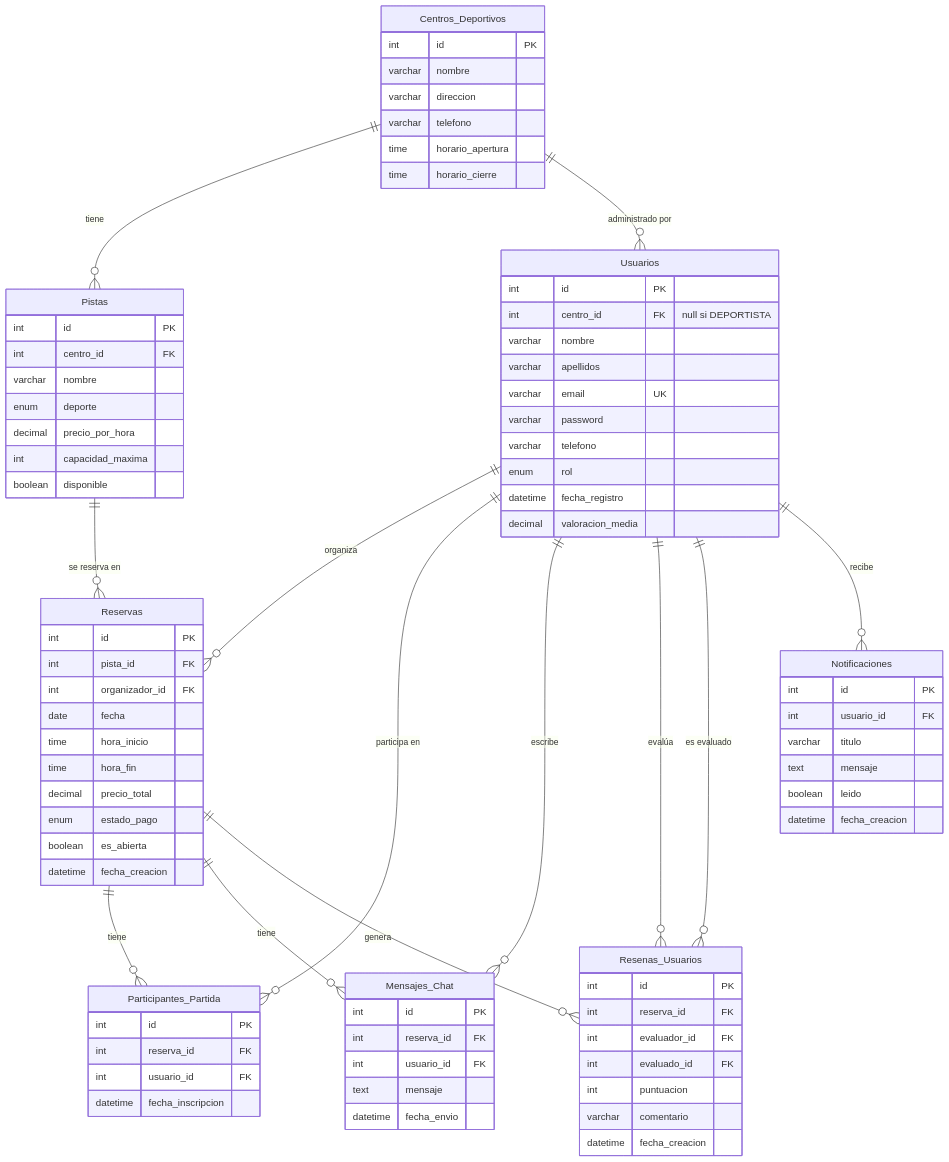
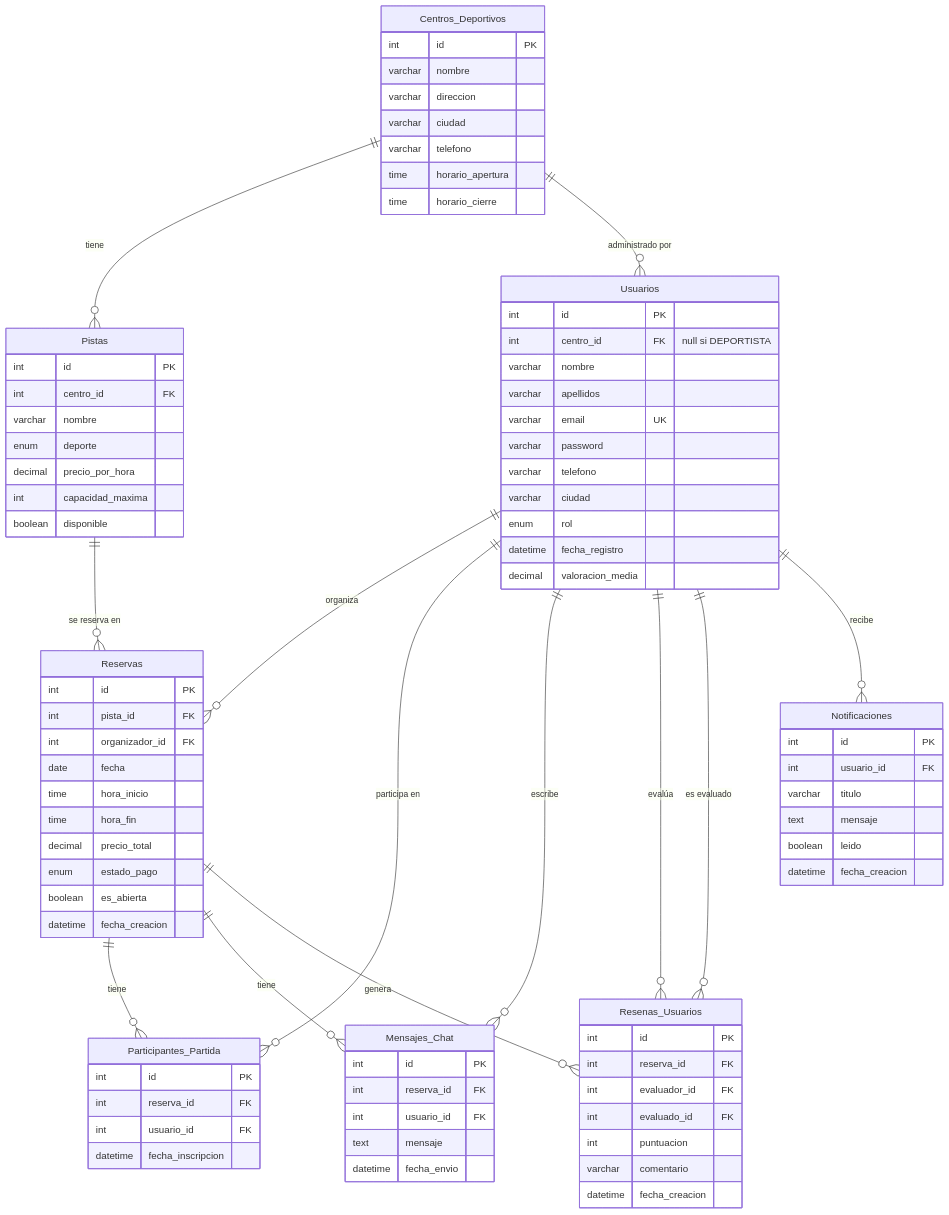
Before and after one commit to ajm68-ua/tfgReservasDeportivas: the diagram in README.md, drawn with Mermaid.

Commit message:
Agregado campo ciudad para poder relacionar usuarios-centros

```diff
--- a/README.md
+++ b/README.md
@@ -25,6 +25,7 @@
         varchar email UK
         varchar password
         varchar telefono
+        varchar ciudad
         enum rol
         datetime fecha_registro
         decimal valoracion_media
@@ -34,6 +35,7 @@
         int id PK
         varchar nombre
         varchar direccion
+        varchar ciudad
         varchar telefono
         time horario_apertura
         time horario_cierre
```
